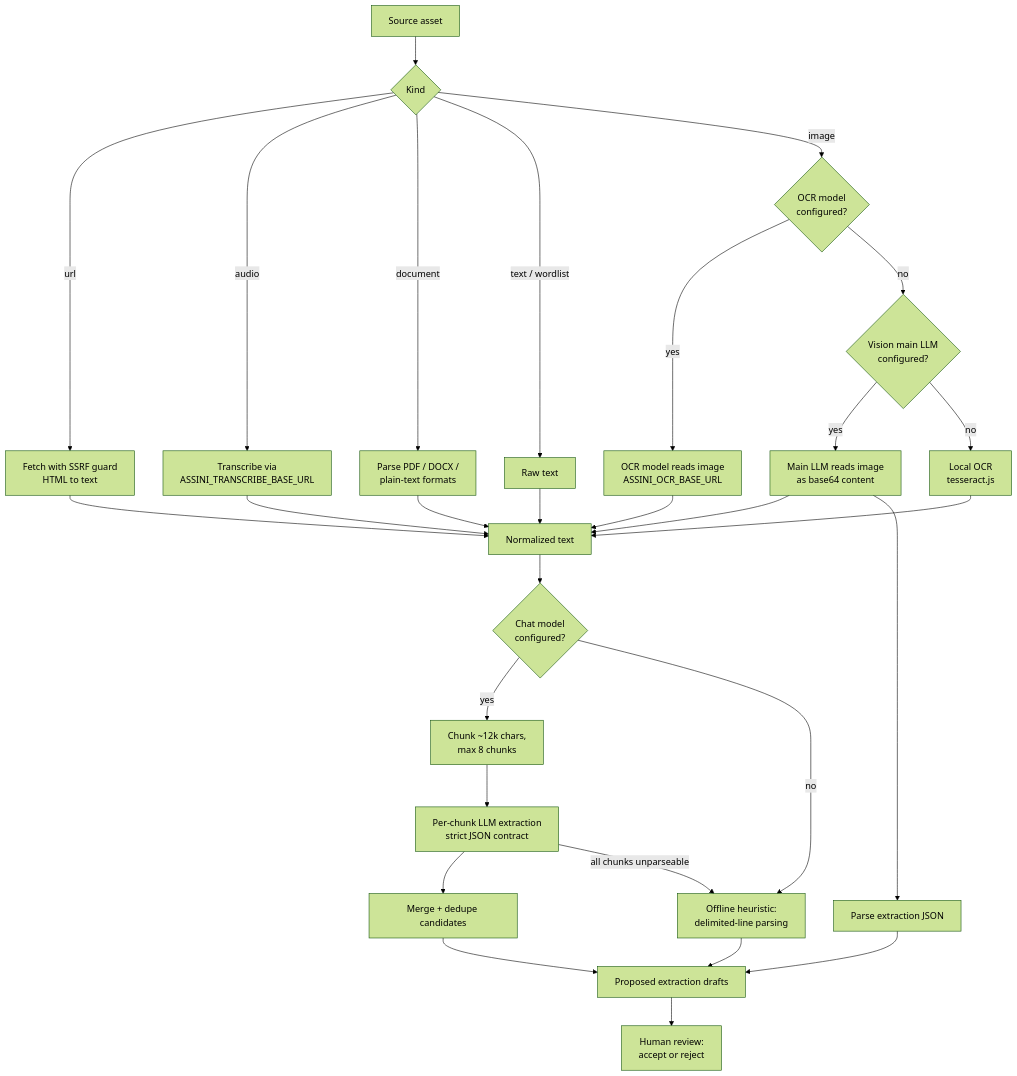
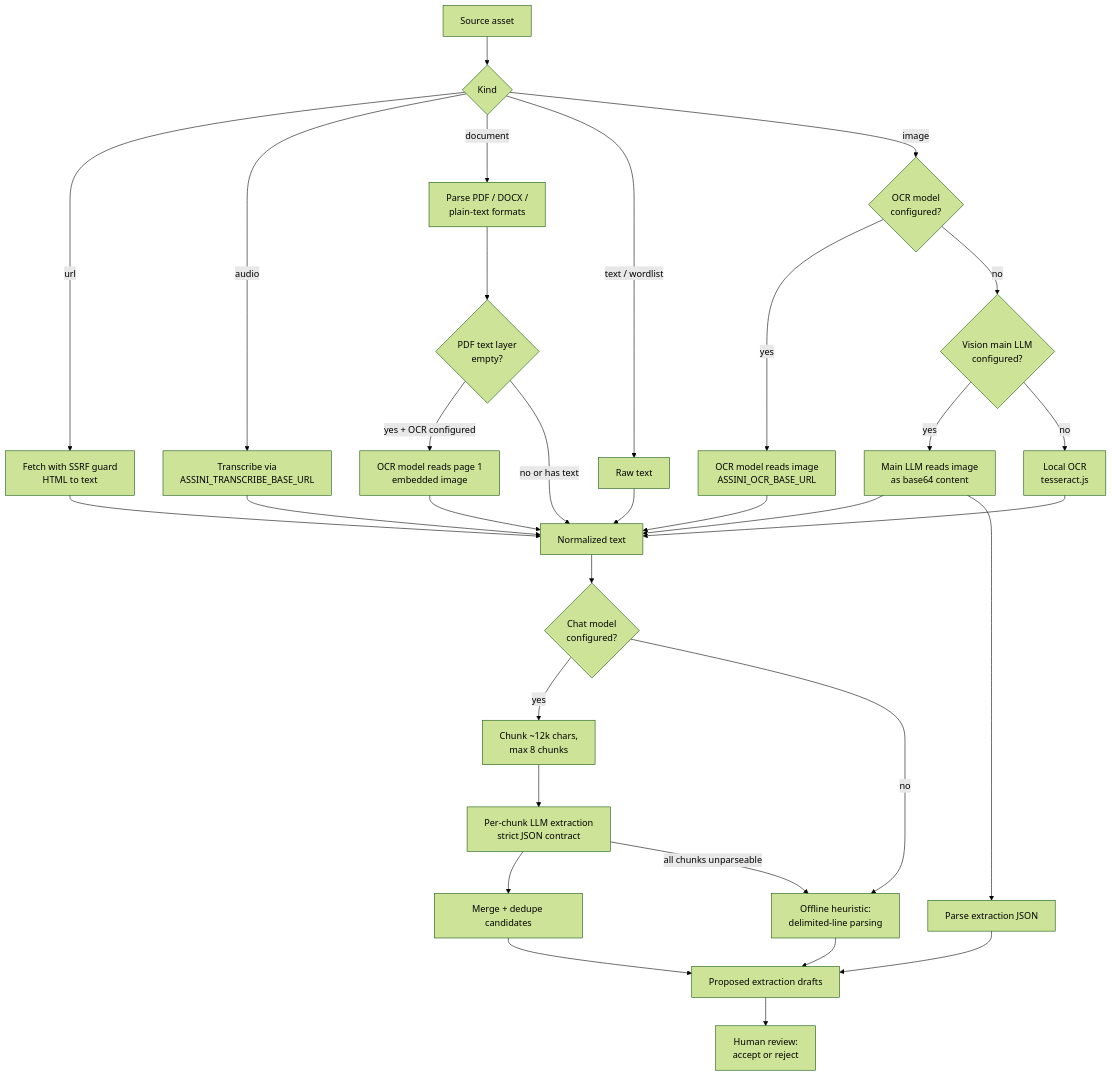
Before and after one commit to defnotean/AssiniLang: the diagram in docs/ingestion.md, drawn with Mermaid (forest theme). The commit also changed other lines of this file and 24 other files, not shown here.

First line of the commit message:
Add settings URL guards, vault fixtures, scanned PDF OCR, and processing attempts.

````diff
--- a/docs/ingestion.md
+++ b/docs/ingestion.md
@@ -22,31 +22,34 @@
 ```mermaid
 flowchart TD
     A[Source asset] --> B{Kind}
     B -->|url| C[Fetch with SSRF guard<br>HTML to text]
     B -->|audio| D[Transcribe via<br>ASSINI_TRANSCRIBE_BASE_URL]
     B -->|document| E[Parse PDF / DOCX /<br>plain-text formats]
+    E --> E2{PDF text layer<br>empty?}
+    E2 -->|yes + OCR configured| E3[OCR model reads page 1<br>embedded image]
+    E2 -->|no or has text| J[Normalized text]
+    E3 --> J
     B -->|text / wordlist| F[Raw text]
     B -->|image| G{OCR model<br>configured?}
     G -->|yes| H[OCR model reads image<br>ASSINI_OCR_BASE_URL]
     G -->|no| G2{Vision main LLM<br>configured?}
     G2 -->|yes| H2[Main LLM reads image<br>as base64 content]
     G2 -->|no| I[Local OCR<br>tesseract.js]
     C --> J[Normalized text]
     D --> J
-    E --> J
     F --> J
     I --> J
     H --> J
     H2 --> J
     J --> K{Chat model<br>configured?}
     K -->|yes| L[Chunk ~12k chars,<br>max 8 chunks]
     L --> M[Per-chunk LLM extraction<br>strict JSON contract]
     M --> N[Merge + dedupe candidates]
     K -->|no| O[Offline heuristic:<br>delimited-line parsing]
     M -->|all chunks unparseable| O
     H2 --> P[Parse extraction JSON]
     N --> Q[Proposed extraction drafts]
     O --> Q
     P --> Q
     Q --> R[Human review:<br>accept or reject]
 ```
````
